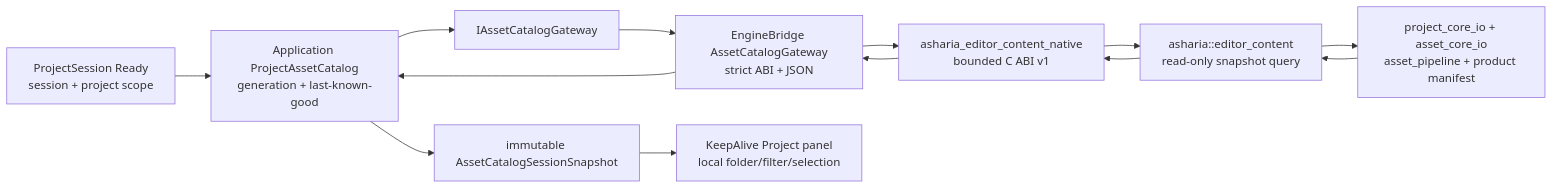
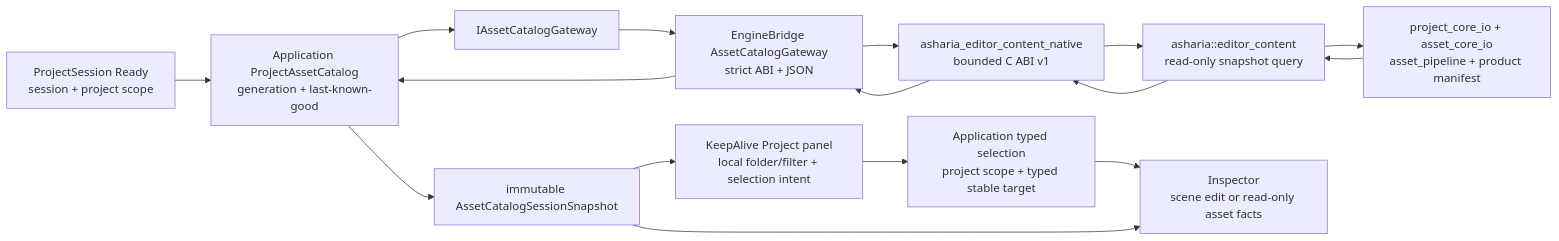
Before and after one commit to 66six11/Engine: the ninth of 29 diagrams in docs/architecture/flow.md, drawn with Mermaid. The commit also changed other lines of this file and 29 other files, not shown here.

Commit message:
feat: add typed asset inspector selection

````diff
--- a/docs/architecture/flow.md
+++ b/docs/architecture/flow.md
@@ -645,15 +647,19 @@
 ```mermaid
 flowchart LR
     Project["ProjectSession Ready<br/>session + project scope"]
     Owner["Application ProjectAssetCatalog<br/>generation + last-known-good"]
     Port["IAssetCatalogGateway"]
     Bridge["EngineBridge AssetCatalogGateway<br/>strict ABI + JSON"]
     Native["asharia_editor_content_native<br/>bounded C ABI v1"]
     Query["asharia::editor_content<br/>read-only snapshot query"]
     Inputs["project_core_io + asset_core_io<br/>asset_pipeline + product manifest"]
     Snapshot["immutable AssetCatalogSessionSnapshot"]
-    Panel["KeepAlive Project panel<br/>local folder/filter/selection"]
+    Panel["KeepAlive Project panel<br/>local folder/filter + selection intent"]
+    Selection["Application typed selection<br/>project scope + typed stable target"]
+    Inspector["Inspector<br/>scene edit or read-only asset facts"]
 
     Project --> Owner --> Port --> Bridge --> Native --> Query --> Inputs
     Inputs --> Query --> Native --> Bridge --> Owner --> Snapshot --> Panel
+    Panel --> Selection --> Inspector
+    Snapshot --> Inspector
 ```
````
